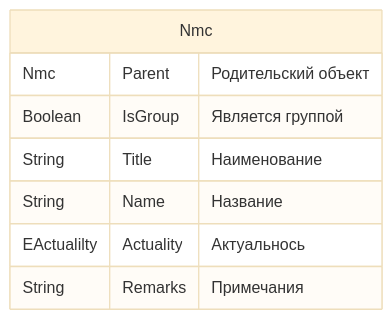
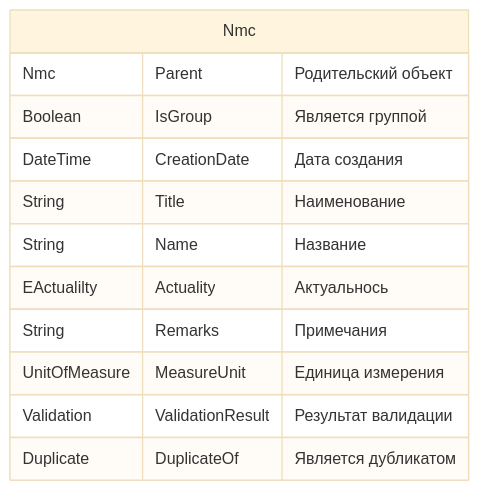
Before and after one commit to Zorin-Mykhailo/Kusto: the first of 4 diagrams in Kusto/Documents/2313902__ContractorsCheck/DataModel.md, drawn with Mermaid (base theme). The commit also changed other lines of this file, not shown here.

````diff
--- a/Kusto/Documents/2313902__ContractorsCheck/DataModel.md
+++ b/Kusto/Documents/2313902__ContractorsCheck/DataModel.md
@@ -4,11 +4,15 @@
 ```mermaid
 erDiagram
   Nmc {
     Nmc Parent "Родительский объект"
     Boolean IsGroup "Является группой"
+    DateTime CreationDate "Дата создания"
     String Title "Наименование"
     String Name "Название"
     EActualilty Actuality "Актуальнось"    
     String Remarks "Примечания"
+    UnitOfMeasure MeasureUnit "Единица измерения"
+    Validation ValidationResult "Результат валидации"
+    Duplicate DuplicateOf "Является дубликатом"
   }
 ```
````
